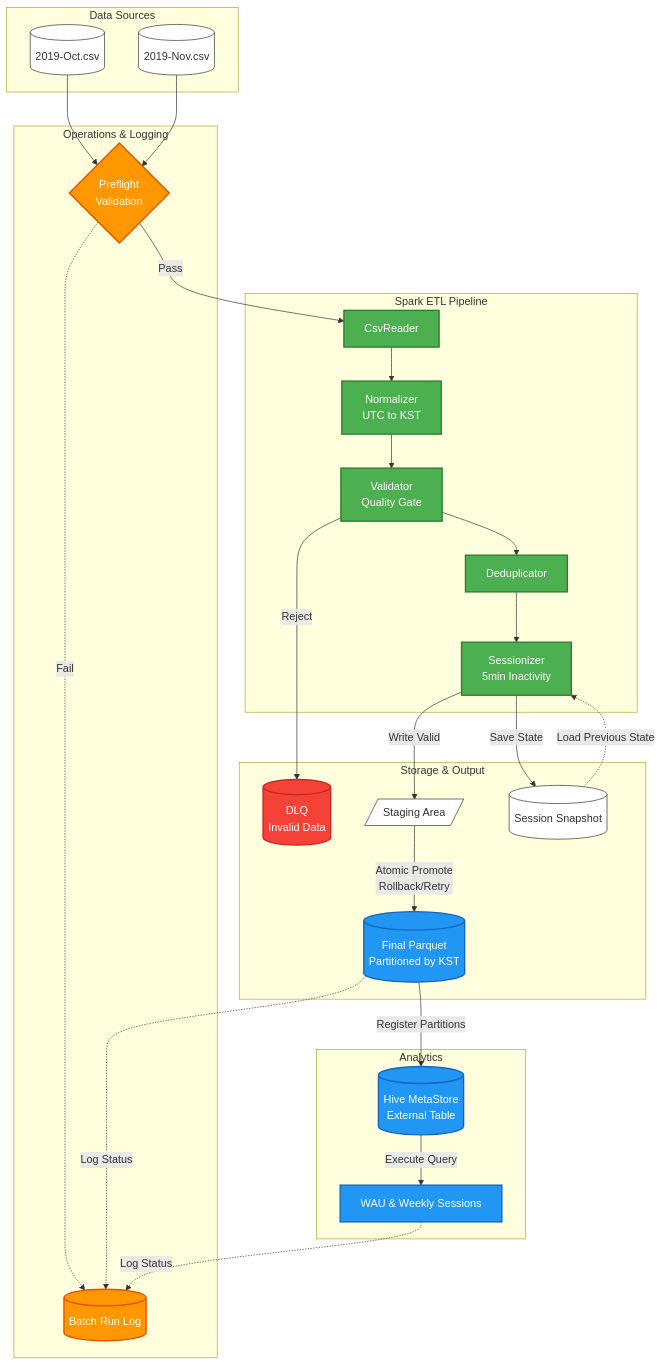
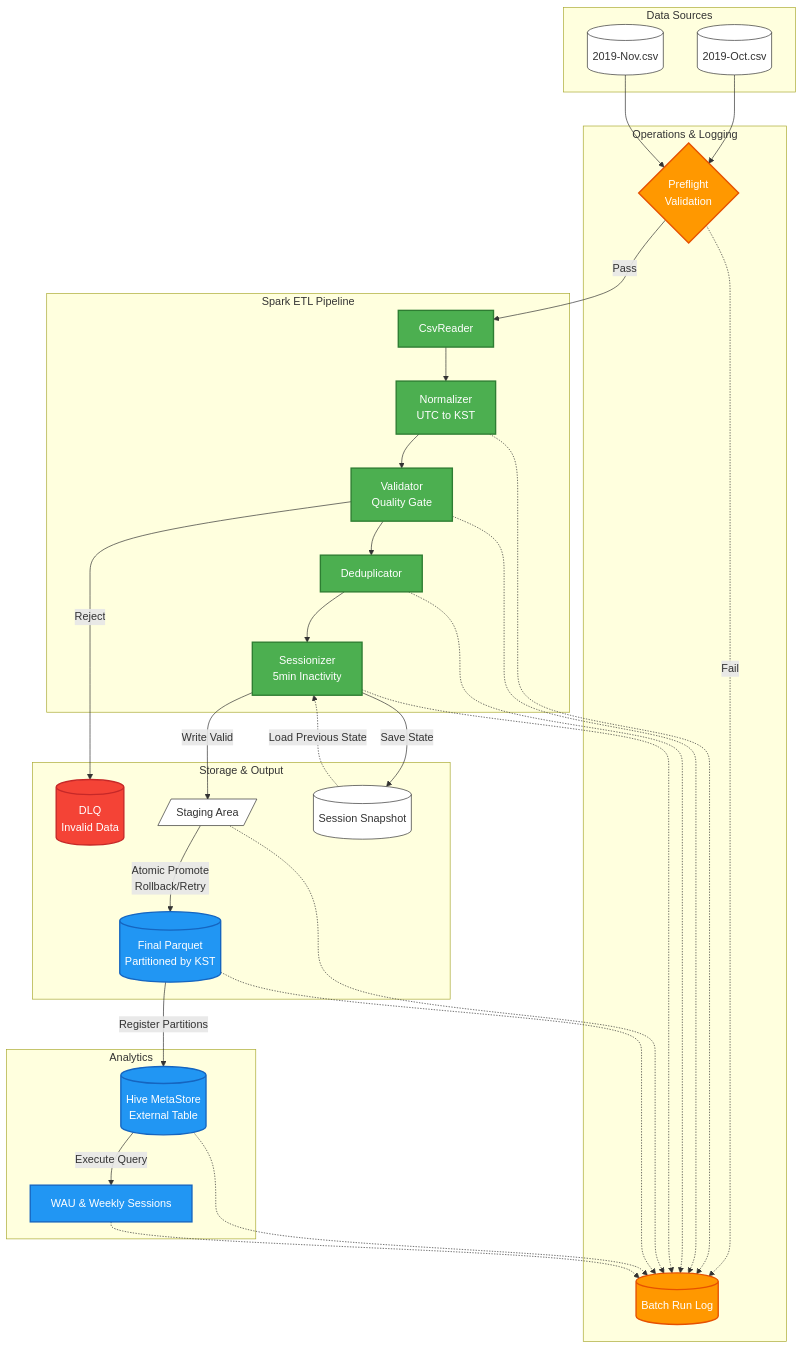
One commit to XXUCHAN/backpackr changed the diagram in README.md. Above: the diagram before and after it, drawn with Mermaid.

Commit message:
docs: logger 세분화 추가

````diff
--- a/README.md
+++ b/README.md
@@ -7,68 +7,69 @@
 ```mermaid
 flowchart TD
     %% Input Layer
     subgraph Data Sources
         R1[(2019-Oct.csv)]
         R2[(2019-Nov.csv)]
     end
 
     %% Operations
     subgraph Ops [Operations & Logging]
         Preflight{Preflight<br>Validation}
         Logger[(Batch Run Log)]
     end
 
     %% Processing Layer
     subgraph Spark ETL Pipeline
         Read[CsvReader]
         Norm[Normalizer<br>UTC to KST]
         Val[Validator<br>Quality Gate]
         Dedup[Deduplicator]
         Sess[Sessionizer<br>5min Inactivity]
 
         Read --> Norm --> Val --> Dedup --> Sess
     end
 
     %% Storage Layer
     subgraph Storage & Output
         DLQ[(DLQ<br>Invalid Data)]
         Stage[/Staging Area/]
         Final[(Final Parquet<br>Partitioned by KST)]
         Snap[(Session Snapshot)]
     end
 
     %% Hive & Analytics
     subgraph Analytics
         Hive[(Hive MetaStore<br>External Table)]
         WAU[WAU & Weekly Sessions]
     end
 
     %% Flow Connections
     R1 & R2 --> Preflight
     Preflight -->|Pass| Read
     Preflight -.->|Fail| Logger
     
     Val -->|Reject| DLQ
     Sess -->|Save State| Snap
     Snap -.->|Load Previous State| Sess
     Sess -->|Write Valid| Stage
     Stage -->|Atomic Promote<br>Rollback/Retry| Final
 
     Final -->|Register Partitions| Hive
     Hive -->|Execute Query| WAU
     
-    Final -.->|Log Status| Logger
-    WAU -.->|Log Status| Logger
+    %% Intermediate & Final Status Logging
+    Norm & Val & Dedup & Sess -.-> Logger
+    Stage & Final & Hive & WAU -.-> Logger
 
     %% Style
     classDef default fill:#ffffff,stroke:#333,stroke-width:1px,color:#333;
     classDef primary fill:#2196f3,stroke:#1565c0,stroke-width:2px,color:#fff;
     classDef error fill:#f44336,stroke:#c62828,stroke-width:2px,color:#fff;
     classDef ops fill:#ff9800,stroke:#e65100,stroke-width:2px,color:#fff;
     classDef spark fill:#4caf50,stroke:#2e7d32,stroke-width:2px,color:#fff;
 
     class Read,Norm,Val,Dedup,Sess spark;
     class Final,Hive,WAU primary;
     class DLQ error;
     class Preflight,Logger ops;
 ```
````
